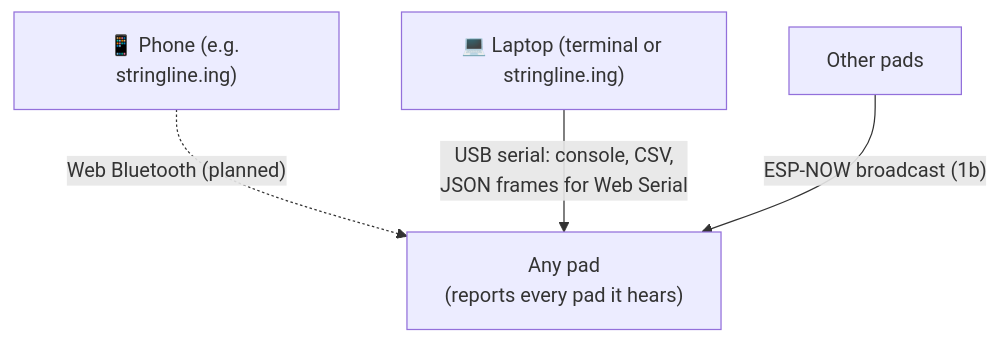
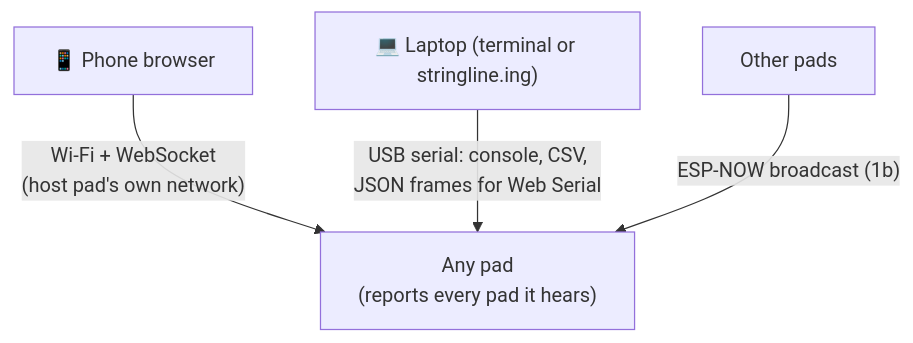
Before and after one commit to jaimebuildsthings/corner-balancer: the first of 4 diagrams in docs/ARCHITECTURE.md, drawn with Mermaid. The commit also changed other lines of this file and 17 other files, not shown here.

First line of the commit message:
Web UI on the host pad's own Wi-Fi (#3)

````diff
--- a/docs/ARCHITECTURE.md
+++ b/docs/ARCHITECTURE.md
@@ -11,10 +11,10 @@
 ```mermaid
 flowchart TB
-    phone["📱 Phone (e.g. stringline.ing)"]
+    phone["📱 Phone browser"]
     laptop["💻 Laptop (terminal or stringline.ing)"]
     A["Any pad<br/>(reports every pad it hears)"]
     B["Other pads"]
-    phone -. "Web Bluetooth (planned)" .-> A
+    phone -- "Wi-Fi + WebSocket<br/>(host pad's own network)" --> A
     laptop -- "USB serial: console, CSV,<br/>JSON frames for Web Serial" --> A
     B -- "ESP-NOW broadcast (1b)" --> A
 ```
````
